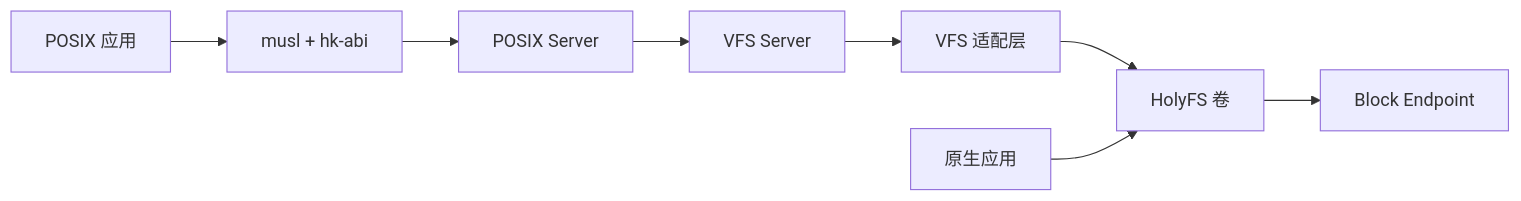
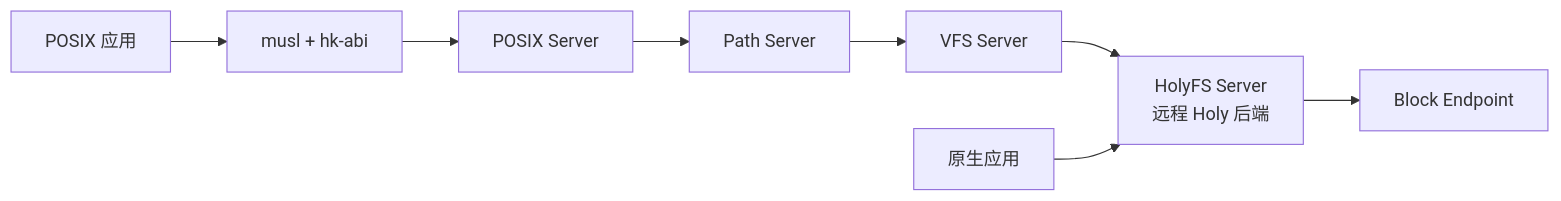
The third of 3 diagrams in docs/holyfs.md (hongweifei/HolyKernel), drawn with Mermaid before and after one commit. The commit also changed other lines of this file and 30 other files, not shown here.

First line of the commit message:
docs: 统一 Holy Cadence Model 与 VFS/Path 拆分

````diff
--- a/docs/holyfs.md
+++ b/docs/holyfs.md
@@ -428,10 +428,10 @@
 ```mermaid
 flowchart LR
     Posix["POSIX 应用"] --> Libc["musl + hk-abi"]
     Libc --> POSIX["POSIX Server"]
-    POSIX --> VFS["VFS Server"]
-    VFS --> Adapter["VFS 适配层"]
-    Adapter --> Holy["HolyFS 卷"]
+    POSIX --> Path["Path Server"]
+    Path --> VFS["VFS Server"]
+    VFS --> Holy["HolyFS Server<br/>远程 Holy 后端"]
     Native["原生应用"] --> Holy
     Holy --> Blk["Block Endpoint"]
 ```
````
